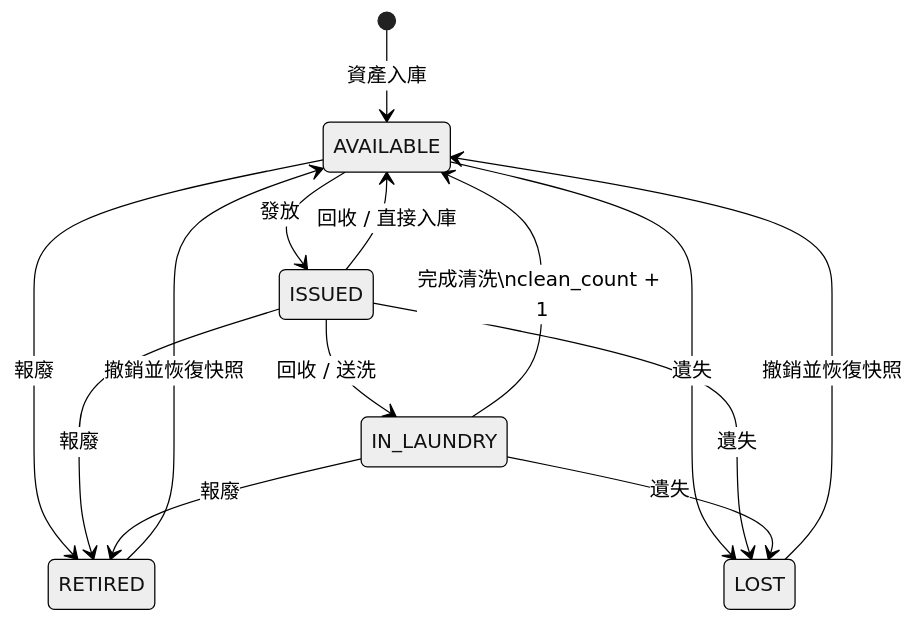
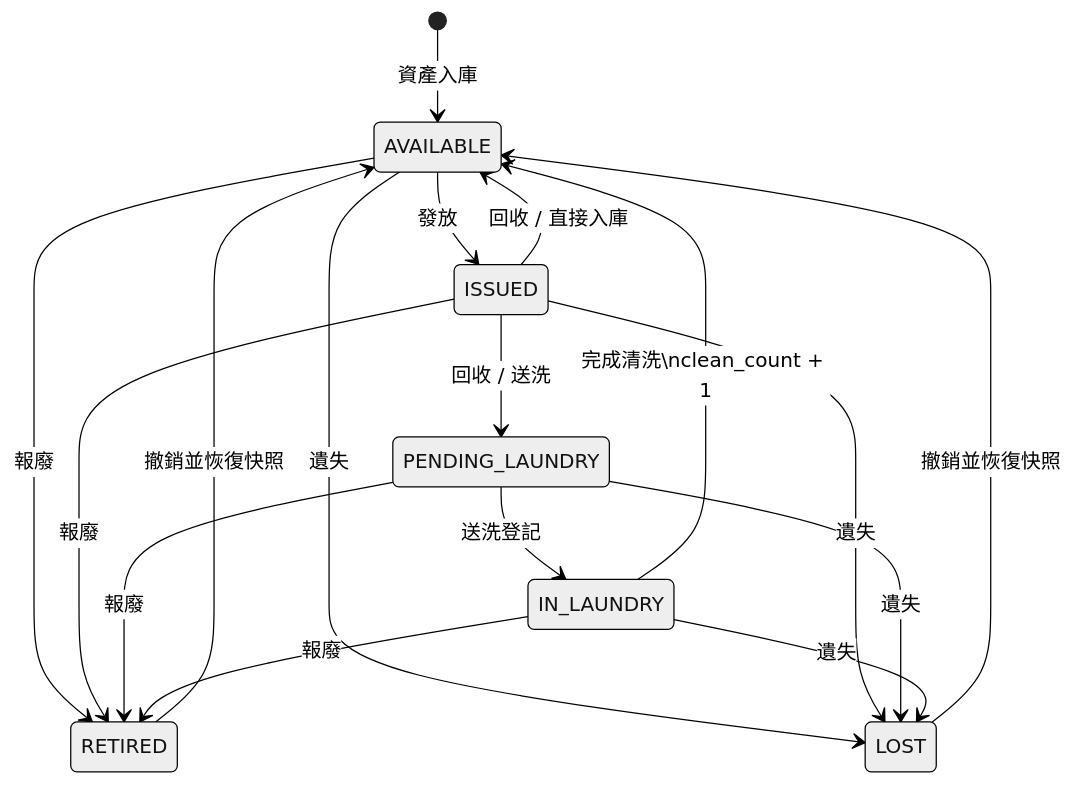
One commit to XiaoyiTao/ESD_system_dev changed the second of 3 diagrams in 静电衣鞋管理系统_开发设计书.md. Above: the diagram before and after it, drawn with Mermaid (neutral theme). The commit also changed other lines of this file and 4 other files, not shown here.

````diff
--- a/静电衣鞋管理系统_开发设计书.md
+++ b/静电衣鞋管理系统_开发设计书.md
@@ -219,16 +235,19 @@
 ```mermaid
 stateDiagram-v2
     [*] --> AVAILABLE: 資產入庫
     AVAILABLE --> ISSUED: 發放
     ISSUED --> AVAILABLE: 回收 / 直接入庫
-    ISSUED --> IN_LAUNDRY: 回收 / 送洗
+    ISSUED --> PENDING_LAUNDRY: 回收 / 送洗
+    PENDING_LAUNDRY --> IN_LAUNDRY: 送洗登記
     IN_LAUNDRY --> AVAILABLE: 完成清洗\nclean_count + 1
     AVAILABLE --> RETIRED: 報廢
     ISSUED --> RETIRED: 報廢
+    PENDING_LAUNDRY --> RETIRED: 報廢
     IN_LAUNDRY --> RETIRED: 報廢
     AVAILABLE --> LOST: 遺失
     ISSUED --> LOST: 遺失
+    PENDING_LAUNDRY --> LOST: 遺失
     IN_LAUNDRY --> LOST: 遺失
     RETIRED --> AVAILABLE: 撤銷並恢復快照
     LOST --> AVAILABLE: 撤銷並恢復快照
 ```
````
